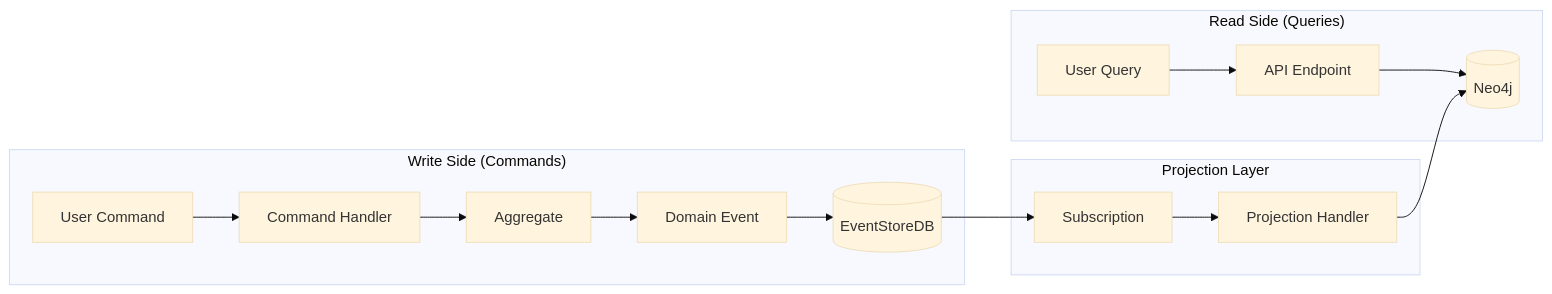
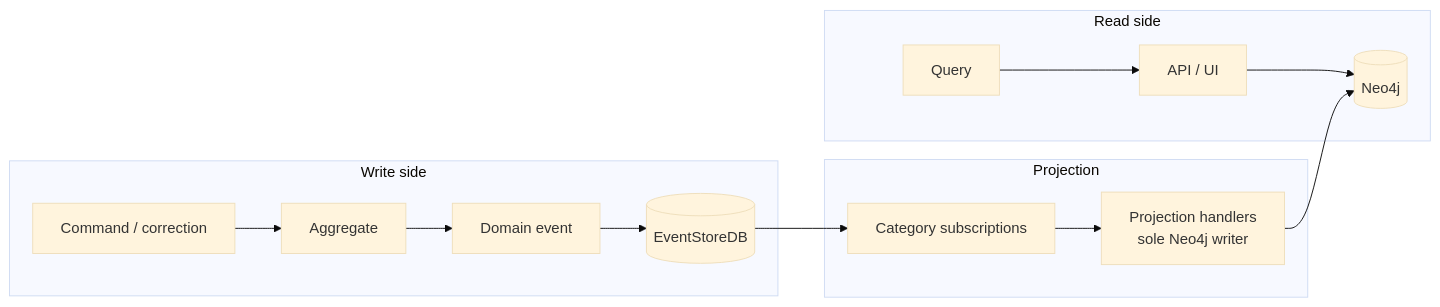
One commit to DigitalCowboyN/interview_analyzer_chaining changed the first of 5 diagrams in docs/architecture/event-sourcing.md. Above: the diagram before and after it, drawn with Mermaid (base theme). The commit also changed other lines of this file and 10 other files, not shown here.

First line of the commit message:
docs: refresh README + product/architecture docs (current through M5.1b) (#15)

````diff
--- a/docs/architecture/event-sourcing.md
+++ b/docs/architecture/event-sourcing.md
@@ -11,27 +11,23 @@
 ```mermaid
 flowchart LR
-    subgraph Commands["Write Side (Commands)"]
-        cmd[User Command]
-        handler[Command Handler]
+    subgraph Write["Write side"]
+        cmd[Command / correction]
         agg[Aggregate]
-        event[Domain Event]
+        event[Domain event]
         esdb[(EventStoreDB)]
-
-        cmd --> handler --> agg --> event --> esdb
+        cmd --> agg --> event --> esdb
     end
 
-    subgraph Queries["Read Side (Queries)"]
-        query[User Query]
-        api[API Endpoint]
+    subgraph Read["Read side"]
+        query[Query]
+        api[API / UI]
         neo4j[(Neo4j)]
-
         query --> api --> neo4j
     end
 
-    subgraph Projection["Projection Layer"]
-        sub[Subscription]
-        proj[Projection Handler]
-
+    subgraph Projection["Projection"]
+        sub[Category subscriptions]
+        proj[Projection handlers<br/>sole Neo4j writer]
         esdb --> sub --> proj --> neo4j
     end
 ```
````
